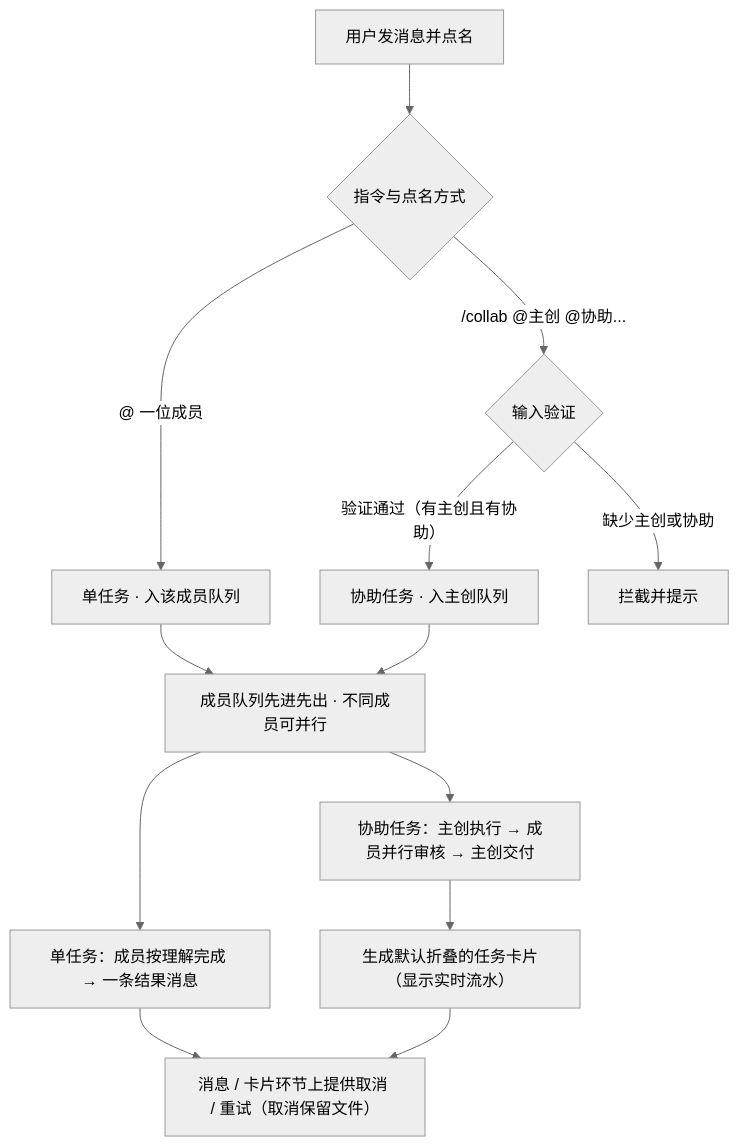
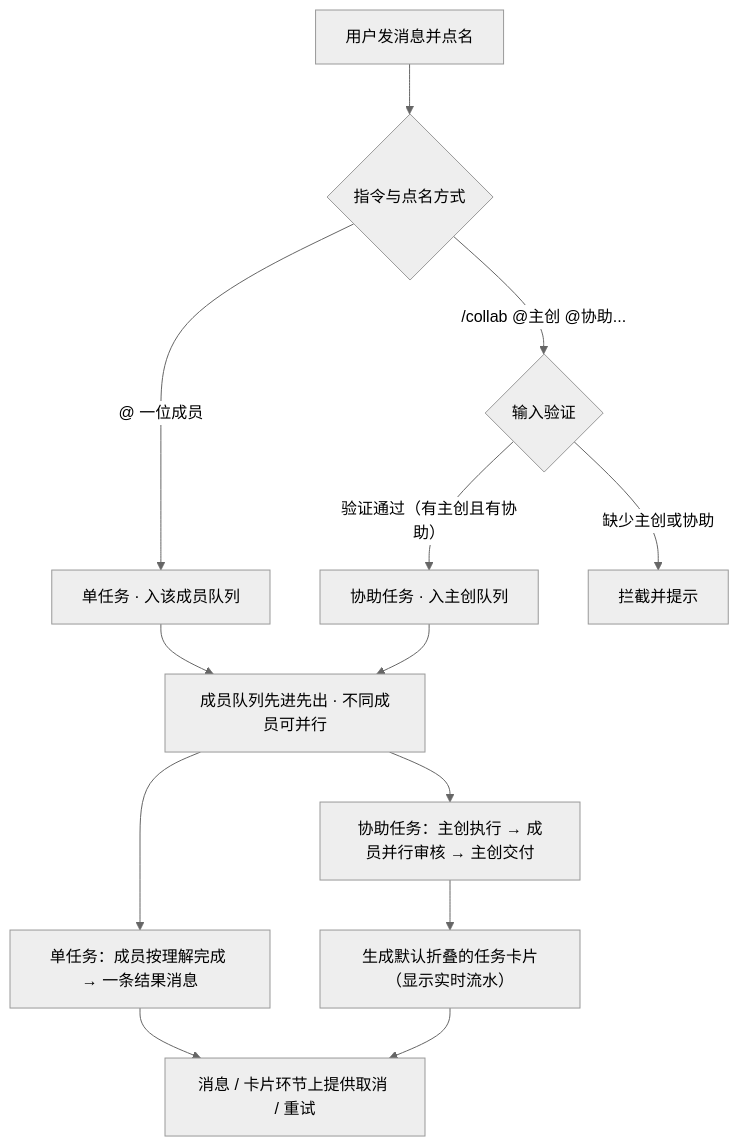
Before and after one commit to BinaryAlan/ai-atelier: the first of 2 diagrams in docs/task-review-protocol.md, drawn with Mermaid (neutral theme). The commit also changed other lines of this file, not shown here.

````diff
--- a/docs/task-review-protocol.md
+++ b/docs/task-review-protocol.md
@@ -241,15 +240,15 @@
 ```mermaid
 flowchart TD
     U["用户发消息并点名"] --> T{"指令与点名方式"}
     T -->|"@ 一位成员"| S["单任务 · 入该成员队列"]
     T -->|"/collab @主创 @协助..."| C{"输入验证"}
     C -->|"验证通过（有主创且有协助）"| CQ["协助任务 · 入主创队列"]
     C -->|"缺少主创或协助"| CE["拦截并提示"]
     S --> Q["成员队列先进先出 · 不同成员可并行"]
     CQ --> Q
     Q --> S1["单任务：成员按理解完成 → 一条结果消息"]
     Q --> C1["协助任务：主创执行 → 成员并行审核 → 主创交付"]
     C1 --> K["生成默认折叠的任务卡片（显示实时流水）"]
-    S1 --> M["消息 / 卡片环节上提供取消 / 重试（取消保留文件）"]
+    S1 --> M["消息 / 卡片环节上提供取消 / 重试"]
     K --> M
 ```
````
